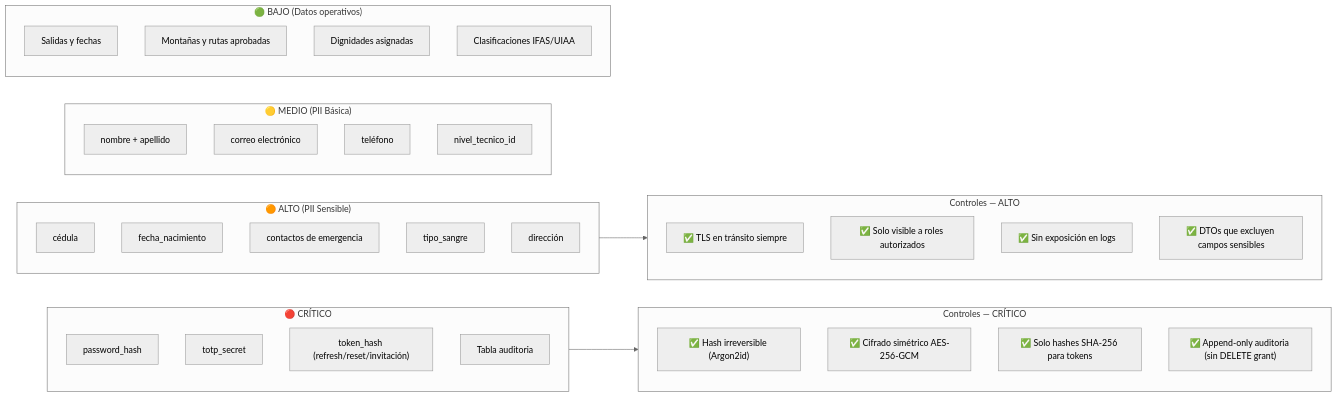
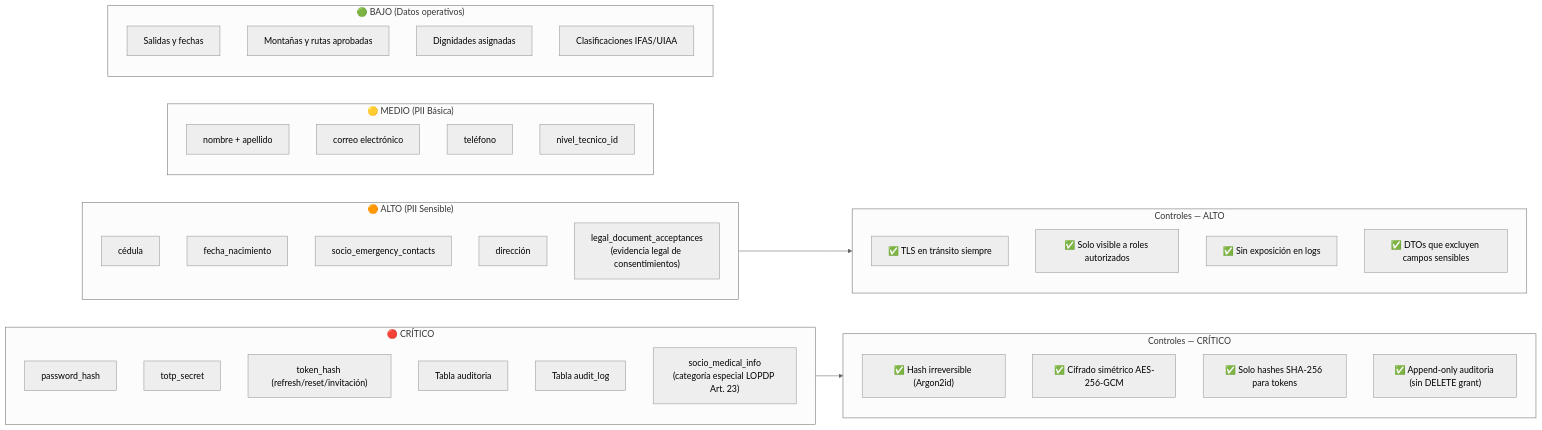
The third of 4 diagrams in docs/security/diagramas/05_flujo_datos_dfd.md (ovo86da/sadday-app), drawn with Mermaid (neutral theme) before and after one commit. The commit also changed other lines of this file and 2 other files, not shown here.

First line of the commit message:
docs: fix stale schema references and add audit_log documentation

````diff
--- a/docs/security/diagramas/05_flujo_datos_dfd.md
+++ b/docs/security/diagramas/05_flujo_datos_dfd.md
@@ -87,48 +97,50 @@
 ```mermaid
 flowchart LR
     subgraph CRITICO["🔴 CRÍTICO"]
         C1["password_hash"]
         C2["totp_secret"]
         C3["token_hash (refresh/reset/invitación)"]
         C4["Tabla auditoria"]
+        C5["Tabla audit_log"]
+        C6["socio_medical_info\n(categoría especial LOPDP Art. 23)"]
     end
 
     subgraph ALTO["🟠 ALTO (PII Sensible)"]
         A1["cédula"]
         A2["fecha_nacimiento"]
-        A3["contactos de emergencia"]
-        A4["tipo_sangre"]
+        A3["socio_emergency_contacts"]
         A5["dirección"]
+        A6["legal_document_acceptances\n(evidencia legal de consentimientos)"]
     end
 
     subgraph MEDIO["🟡 MEDIO (PII Básica)"]
         M1["nombre + apellido"]
         M2["correo electrónico"]
         M3["teléfono"]
         M4["nivel_tecnico_id"]
     end
 
     subgraph BAJO["🟢 BAJO (Datos operativos)"]
         B1["Salidas y fechas"]
         B2["Montañas y rutas aprobadas"]
         B3["Dignidades asignadas"]
         B4["Clasificaciones IFAS/UIAA"]
     end
 
     subgraph CONTROLES_C["Controles — CRÍTICO"]
         CC1["✅ Hash irreversible (Argon2id)"]
         CC2["✅ Cifrado simétrico AES-256-GCM"]
         CC3["✅ Solo hashes SHA-256 para tokens"]
         CC4["✅ Append-only auditoria (sin DELETE grant)"]
     end
 
     subgraph CONTROLES_A["Controles — ALTO"]
         CA1["✅ TLS en tránsito siempre"]
         CA2["✅ Solo visible a roles autorizados"]
         CA3["✅ Sin exposición en logs"]
         CA4["✅ DTOs que excluyen campos sensibles"]
     end
 
     CRITICO --> CONTROLES_C
     ALTO --> CONTROLES_A
 ```
````
